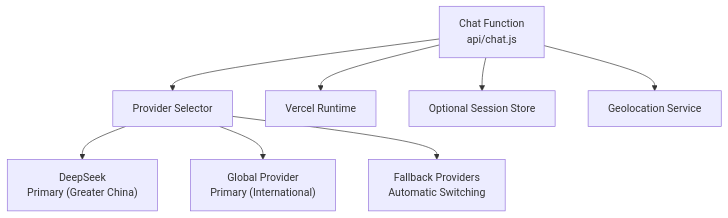
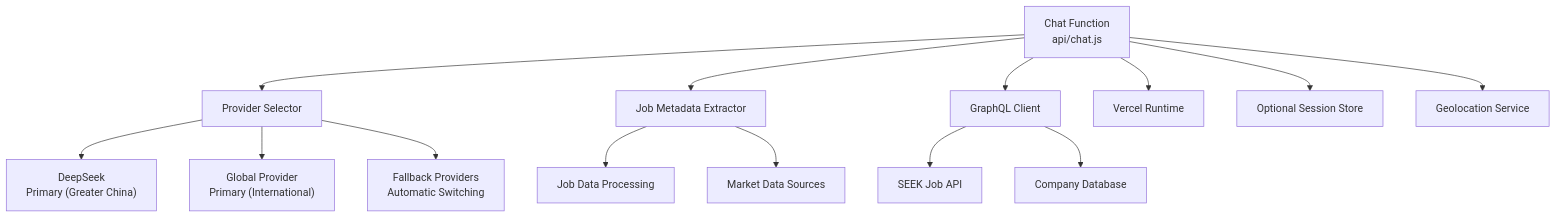
The eighth of 8 diagrams in .qoder/repowiki/en/content/API Reference/Chat API.md (zmyeo54/briefroom), drawn with Mermaid before and after one commit. The commit also changed other lines of this file and 16 other files, not shown here.

First line of the commit message:
feat(api): enhance job metadata integration and error handling

````diff
--- a/.qoder/repowiki/en/content/API Reference/Chat API.md
+++ b/.qoder/repowiki/en/content/API Reference/Chat API.md
@@ -337,10 +482,16 @@
 ```mermaid
 graph TB
 ChatFn["Chat Function<br/>api/chat.js"] --> ProviderSelector["Provider Selector"]
+ChatFn --> JobMeta["Job Metadata Extractor"]
+ChatFn --> GraphQLClient["GraphQL Client"]
 ProviderSelector --> DeepSeek["DeepSeek<br/>Primary (Greater China)"]
 ProviderSelector --> GlobalProvider["Global Provider<br/>Primary (International)"]
 ProviderSelector --> FallbackProviders["Fallback Providers<br/>Automatic Switching"]
+JobMeta --> JobData["Job Data Processing"]
+JobMeta --> MarketData["Market Data Sources"]
+GraphQLClient --> SeekAPI["SEEK Job API"]
+GraphQLClient --> CompanyDB["Company Database"]
 ChatFn --> Platform["Vercel Runtime"]
 ChatFn --> OptionalStore["Optional Session Store"]
 ChatFn --> GeoService["Geolocation Service"]
 ```
````
